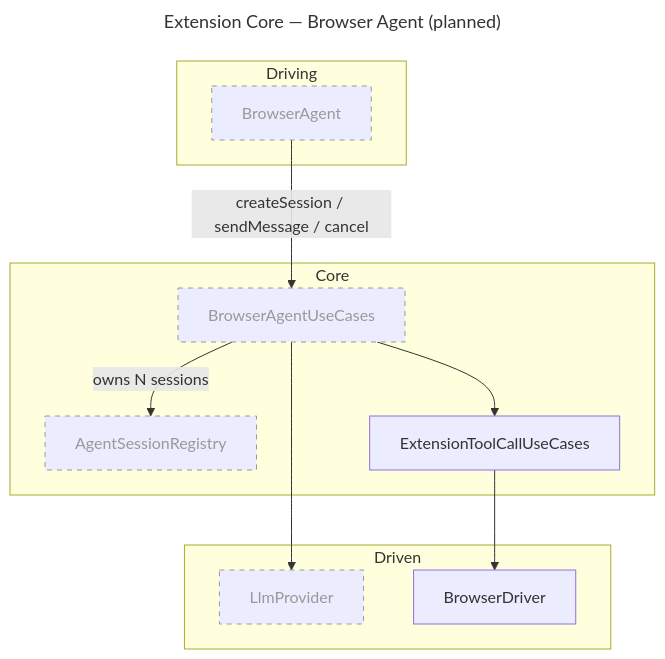
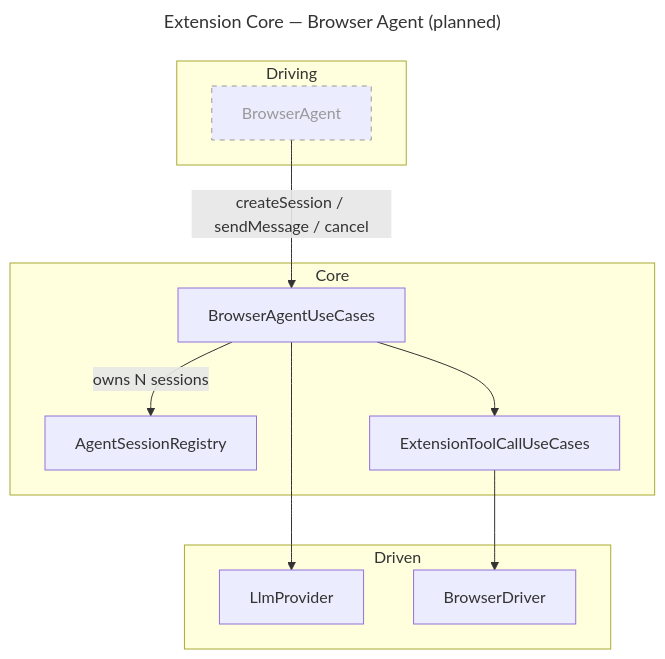
The seventh of 11 diagrams in docs/architecture.md (ndthanhdev/mcp-browser-kit), drawn with Mermaid before and after one commit. The commit also changed other lines of this file and 45 other files, not shown here.

First line of the commit message:
feat: gate browser-agent per app, rename ExtensionBootstrap to ExtensionLifecycle (#159)

````diff
--- a/docs/architecture.md
+++ b/docs/architecture.md
@@ -203,26 +198,26 @@
 ```mermaid
 ---
 title: Extension Core — Browser Agent (planned)
 ---
 flowchart TB
   subgraph Driving["Driving"]
     BrowserAgent
   end
   subgraph Core["Core"]
     BrowserAgentUseCases
     AgentSessionRegistry
     ExtensionToolCallUseCases
   end
   subgraph Driven["Driven"]
     LlmProvider
     BrowserDriver
   end
   BrowserAgent -->|"createSession / sendMessage / cancel"| BrowserAgentUseCases
   BrowserAgentUseCases -->|"owns N sessions"| AgentSessionRegistry
   BrowserAgentUseCases --> LlmProvider
   BrowserAgentUseCases --> ExtensionToolCallUseCases
   ExtensionToolCallUseCases --> BrowserDriver
 
   classDef planned stroke-dasharray:5 5,stroke:#999,color:#999;
-  class BrowserAgent,BrowserAgentUseCases,AgentSessionRegistry,LlmProvider planned;
+  class BrowserAgent planned;
 ```
````
